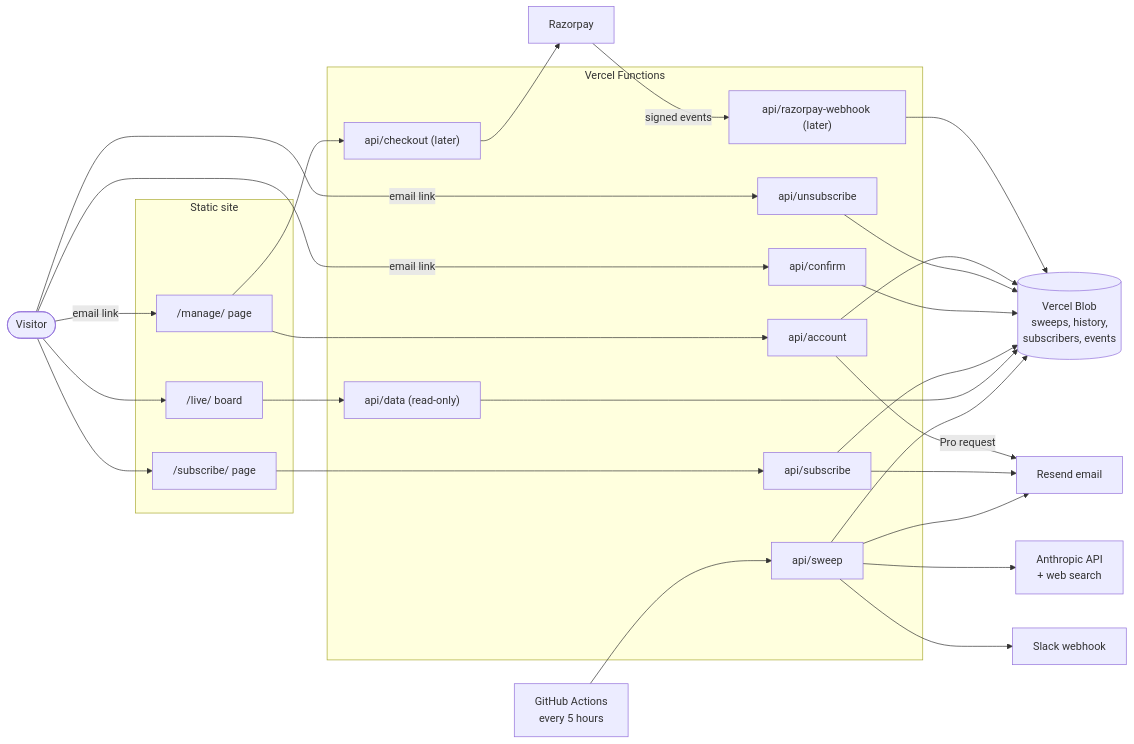
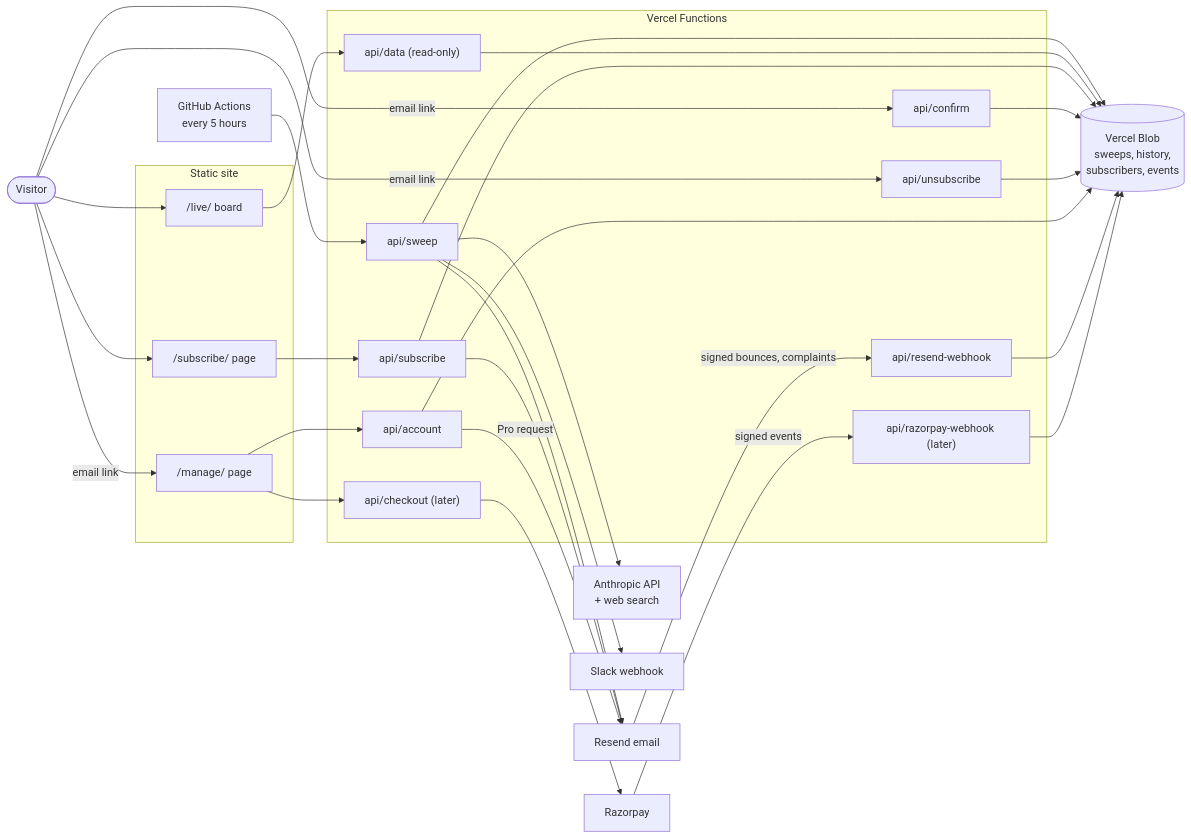
Before and after one commit to bhawnamanglapm/travel-problem-radar-case-study: the first of 6 diagrams in docs/subscriptions/architecture.md, drawn with Mermaid. The commit also changed other lines of this file and 7 other files, not shown here.

````diff
--- a/docs/subscriptions/architecture.md
+++ b/docs/subscriptions/architecture.md
@@ -23,41 +23,43 @@
 ```mermaid
 flowchart LR
   V([Visitor])
   GHA["GitHub Actions<br/>every 5 hours"]
   subgraph Site["Static site"]
     LIVE["/live/ board"]
     SUBP["/subscribe/ page"]
     MAN["/manage/ page"]
   end
   subgraph Fn["Vercel Functions"]
     SWEEP["api/sweep"]
     DATA["api/data (read-only)"]
     SUBS["api/subscribe"]
     CONF["api/confirm"]
     UNS["api/unsubscribe"]
     ACC["api/account"]
+    RWH["api/resend-webhook"]
     CHK["api/checkout (later)"]
     WH["api/razorpay-webhook (later)"]
   end
   BLOB[("Vercel Blob<br/>sweeps, history,<br/>subscribers, events")]
   ANTH["Anthropic API<br/>+ web search"]
   RES["Resend email"]
   SLK["Slack webhook"]
   RZP["Razorpay"]
 
   GHA --> SWEEP
   SWEEP --> ANTH
   SWEEP --> BLOB
   SWEEP --> RES
   SWEEP --> SLK
   V --> LIVE --> DATA --> BLOB
   V --> SUBP --> SUBS
   SUBS --> BLOB
   SUBS --> RES
   V -->|email link| CONF --> BLOB
   V -->|email link| UNS --> BLOB
   V -->|email link| MAN --> ACC --> BLOB
   ACC -->|Pro request| RES
+  RES -->|signed bounces, complaints| RWH --> BLOB
   MAN --> CHK --> RZP
   RZP -->|signed events| WH --> BLOB
 ```
````
